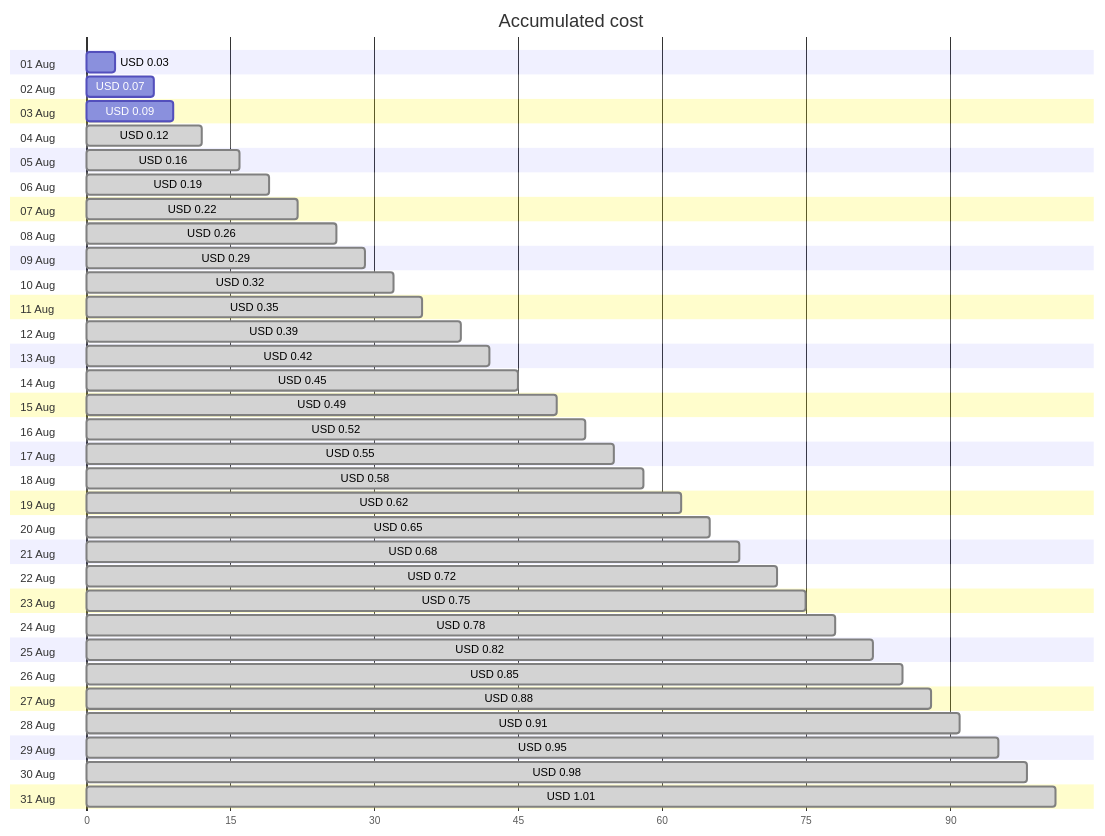
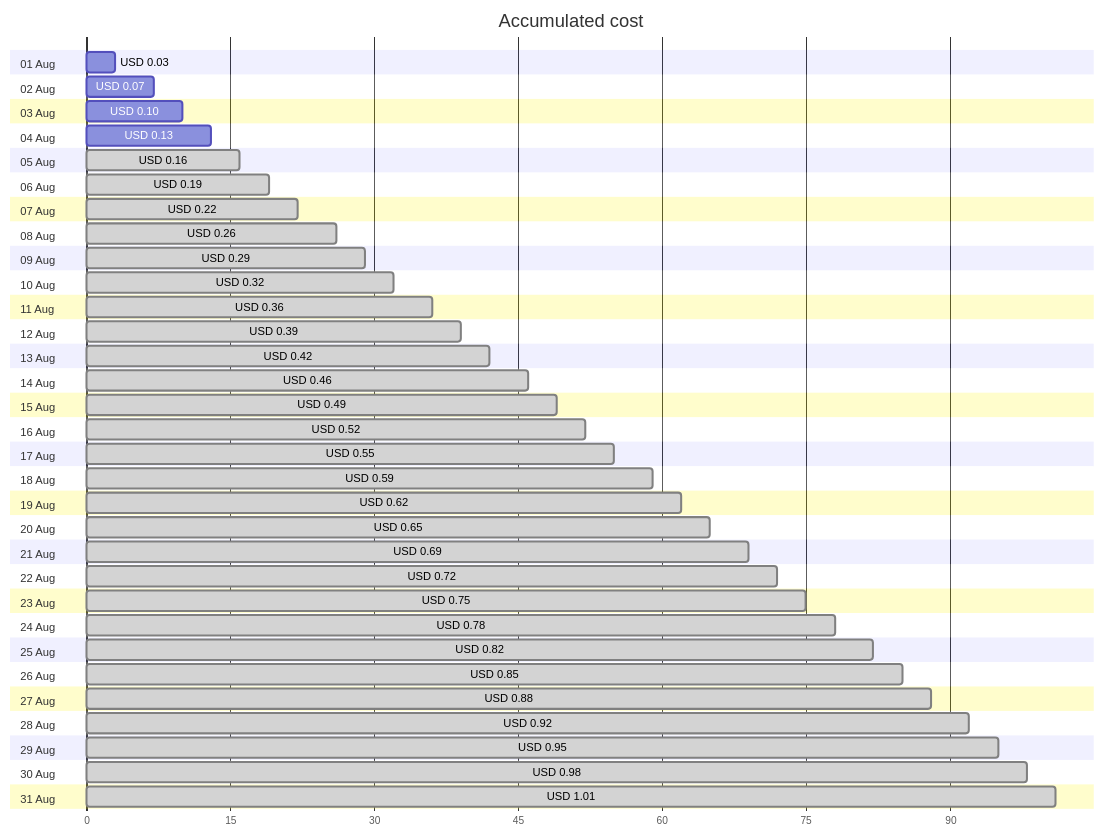
Before and after one commit to jpfulton/azure-personal-reports: the first of 4 diagrams in cost-reports/personal-dns/README.md, drawn with Mermaid. The commit also changed other lines of this file and 2 other files, not shown here.

````diff
--- a/cost-reports/personal-dns/README.md
+++ b/cost-reports/personal-dns/README.md
@@ -20,68 +20,68 @@
 ```mermaid
 gantt
    title Accumulated cost
    dateFormat  X
    axisFormat %s
    section 01 Aug
    USD 0.03 :0, 3
    section 02 Aug
    USD 0.07 :0, 7
    section 03 Aug
-   USD 0.09 :0, 9
+   USD 0.10 :0, 10
    section 04 Aug
-   USD 0.12 : done, 0, 12
+   USD 0.13 :0, 13
    section 05 Aug
    USD 0.16 : done, 0, 16
    section 06 Aug
    USD 0.19 : done, 0, 19
    section 07 Aug
    USD 0.22 : done, 0, 22
    section 08 Aug
    USD 0.26 : done, 0, 26
    section 09 Aug
    USD 0.29 : done, 0, 29
    section 10 Aug
    USD 0.32 : done, 0, 32
    section 11 Aug
-   USD 0.35 : done, 0, 35
+   USD 0.36 : done, 0, 36
    section 12 Aug
    USD 0.39 : done, 0, 39
    section 13 Aug
    USD 0.42 : done, 0, 42
    section 14 Aug
-   USD 0.45 : done, 0, 45
+   USD 0.46 : done, 0, 46
    section 15 Aug
    USD 0.49 : done, 0, 49
    section 16 Aug
    USD 0.52 : done, 0, 52
    section 17 Aug
    USD 0.55 : done, 0, 55
    section 18 Aug
-   USD 0.58 : done, 0, 58
+   USD 0.59 : done, 0, 59
    section 19 Aug
    USD 0.62 : done, 0, 62
    section 20 Aug
    USD 0.65 : done, 0, 65
    section 21 Aug
-   USD 0.68 : done, 0, 68
+   USD 0.69 : done, 0, 69
    section 22 Aug
    USD 0.72 : done, 0, 72
    section 23 Aug
    USD 0.75 : done, 0, 75
    section 24 Aug
    USD 0.78 : done, 0, 78
    section 25 Aug
    USD 0.82 : done, 0, 82
    section 26 Aug
    USD 0.85 : done, 0, 85
    section 27 Aug
    USD 0.88 : done, 0, 88
    section 28 Aug
-   USD 0.91 : done, 0, 91
+   USD 0.92 : done, 0, 92
    section 29 Aug
    USD 0.95 : done, 0, 95
    section 30 Aug
    USD 0.98 : done, 0, 98
    section 31 Aug
    USD 1.01 : done, 0, 101
 ```
````
